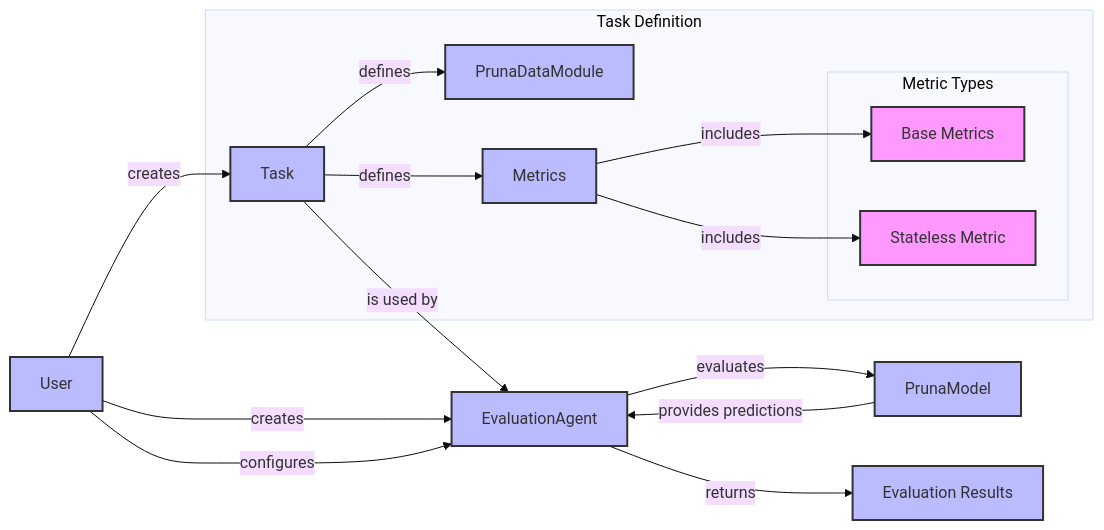
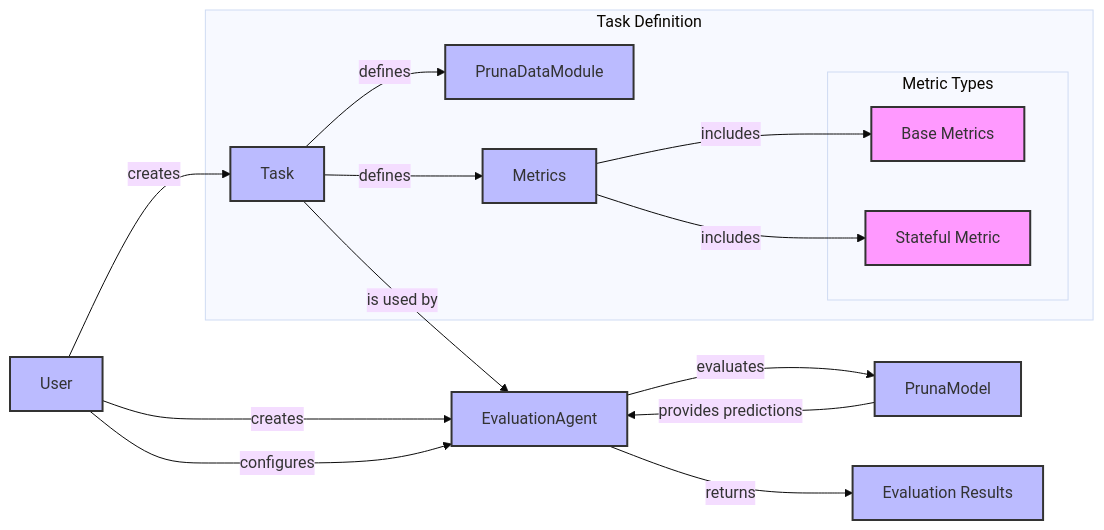
Before and after one commit to PrunaAI/pruna: the diagram in docs/user_manual/evaluate.rst, drawn with Mermaid (base theme).

Commit message:
fix: mermaid chart in the docs

```diff
--- a/docs/user_manual/evaluate.rst
+++ b/docs/user_manual/evaluate.rst
@@ -16,37 +16,37 @@
 .. mermaid::
    :align: center
 
    graph LR
     User -->|creates| Task
     User -->|creates| EvaluationAgent
     Task -->|defines| PrunaDataModule
     Task -->|defines| Metrics
     Task -->|is used by| EvaluationAgent
     Metrics -->|includes| B["Base Metrics"]
-    Metrics -->|includes| C["Stateless Metric"]
+    Metrics -->|includes| C["Stateful Metric"]
     PrunaModel -->|provides predictions| EvaluationAgent
     EvaluationAgent -->|evaluates| PrunaModel
     EvaluationAgent -->|returns| D["Evaluation Results"]
     User -->|configures| EvaluationAgent
 
     subgraph A["Metric Types"]
         B
         C
     end
 
     subgraph E["Task Definition"]
         Task
         PrunaDataModule
         Metrics
         A
     end
 
     style User fill:#bbf,stroke:#333,stroke-width:2px
     style Task fill:#bbf,stroke:#333,stroke-width:2px
     style EvaluationAgent fill:#bbf,stroke:#333,stroke-width:2px
     style PrunaDataModule fill:#bbf,stroke:#333,stroke-width:2px
     style PrunaModel fill:#bbf,stroke:#333,stroke-width:2px
     style D fill:#bbf,stroke:#333,stroke-width:2px
     style Metrics fill:#bbf,stroke:#333,stroke-width:2px
     style B fill:#f9f,stroke:#333,stroke-width:2px
     style C fill:#f9f,stroke:#333,stroke-width:2px
```
